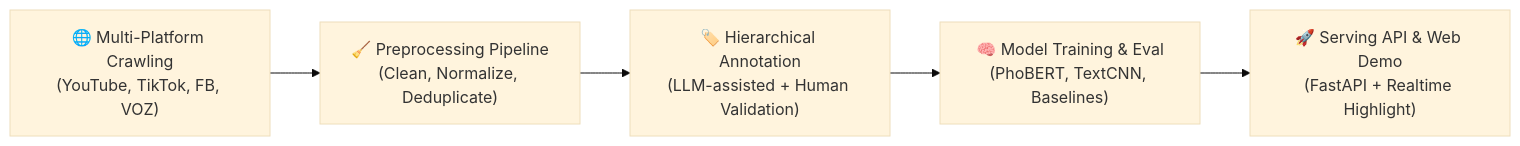
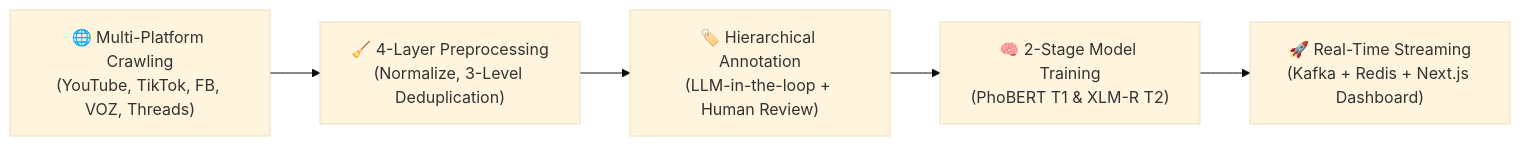
Before and after one commit to duonyyy/Predict-toxic-comments: the diagram in README.md, drawn with Mermaid (base theme). The commit also changed other lines of this file and 82 other files, not shown here.

Commit message:
feat(realtime): synchronize predict-toxic-comments with DS108 2-stage taxonomy and update README

````diff
--- a/README.md
+++ b/README.md
@@ -31,7 +34,7 @@
 ```mermaid
 flowchart LR
-    A["🌐 Multi-Platform Crawling<br>(YouTube, TikTok, FB, VOZ)"] --> B["🧹 Preprocessing Pipeline<br>(Clean, Normalize, Deduplicate)"]
-    B --> C["🏷️ Hierarchical Annotation<br>(LLM-assisted + Human Validation)"]
-    C --> D["🧠 Model Training & Eval<br>(PhoBERT, TextCNN, Baselines)"]
-    D --> E["🚀 Serving API & Web Demo<br>(FastAPI + Realtime Highlight)"]
+    A["🌐 Multi-Platform Crawling<br>(YouTube, TikTok, FB, VOZ, Threads)"] --> B["🧹 4-Layer Preprocessing<br>(Normalize, 3-Level Deduplication)"]
+    B --> C["🏷️ Hierarchical Annotation<br>(LLM-in-the-loop + Human Review)"]
+    C --> D["🧠 2-Stage Model Training<br>(PhoBERT T1 & XLM-R T2)"]
+    D --> E["🚀 Real-Time Streaming<br>(Kafka + Redis + Next.js Dashboard)"]
 ```
````
